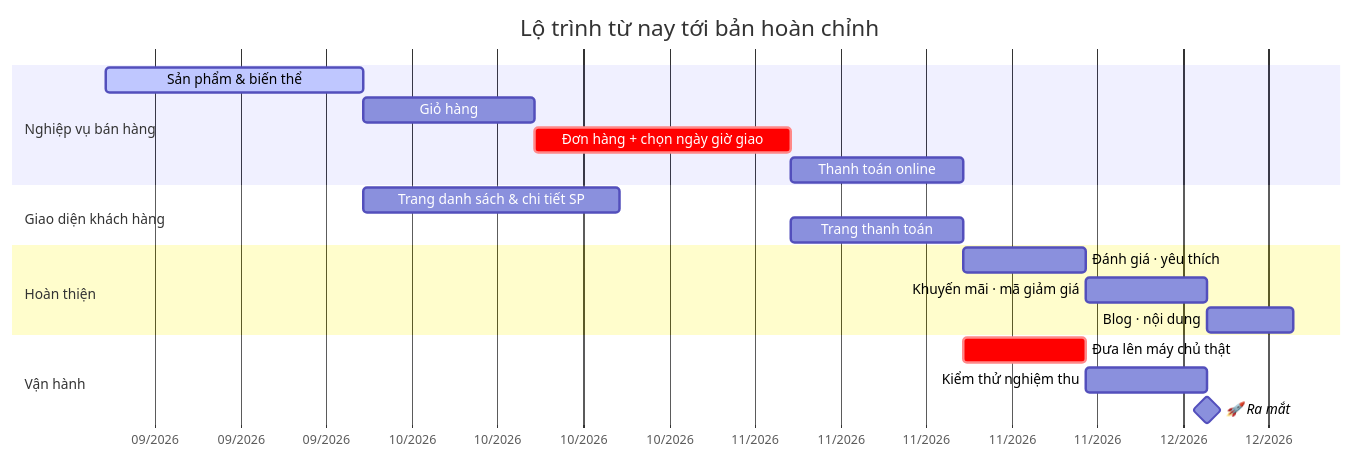
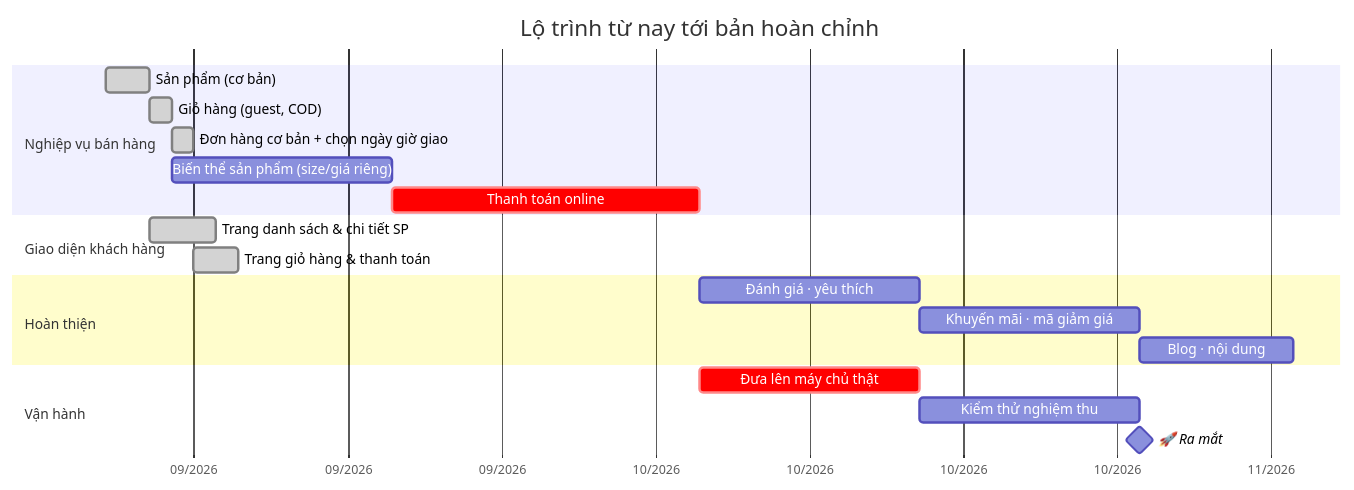
The third of 3 diagrams in docs/gitbook/03-tien-do.md (Hungvu0712/FLOWER), drawn with Mermaid before and after one commit. The commit also changed other lines of this file and 10 other files, not shown here.

````diff
--- a/docs/gitbook/03-tien-do.md
+++ b/docs/gitbook/03-tien-do.md
@@ -111,26 +126,27 @@
 ```mermaid
 gantt
     title Lộ trình từ nay tới bản hoàn chỉnh
     dateFormat YYYY-MM-DD
     axisFormat %m/%Y
 
     section Nghiệp vụ bán hàng
-    Sản phẩm & biến thể          :active, p1, 2026-09-09, 21d
-    Giỏ hàng                     :p2, after p1, 14d
-    Đơn hàng + chọn ngày giờ giao :crit, p3, after p2, 21d
-    Thanh toán online            :p4, after p3, 14d
+    Sản phẩm (cơ bản)             :done, p1, 2026-09-09, 2d
+    Giỏ hàng (guest, COD)         :done, p1b, after p1, 1d
+    Đơn hàng cơ bản + chọn ngày giờ giao :done, p2, after p1b, 1d
+    Biến thể sản phẩm (size/giá riêng)   :p1c, 2026-09-12, 10d
+    Thanh toán online              :crit, p4, after p1c, 14d
 
     section Giao diện khách hàng
-    Trang danh sách & chi tiết SP :p5, after p1, 21d
-    Trang thanh toán             :p6, after p3, 14d
+    Trang danh sách & chi tiết SP  :done, p5, after p1, 3d
+    Trang giỏ hàng & thanh toán    :done, p6, after p2, 2d
 
     section Hoàn thiện
     Đánh giá · yêu thích         :p7, after p4, 10d
     Khuyến mãi · mã giảm giá     :p8, after p7, 10d
     Blog · nội dung              :p9, after p8, 7d
 
     section Vận hành
     Đưa lên máy chủ thật         :crit, p10, after p4, 10d
     Kiểm thử nghiệm thu          :p11, after p10, 10d
     🚀 Ra mắt                     :milestone, after p11, 0d
 ```
````
